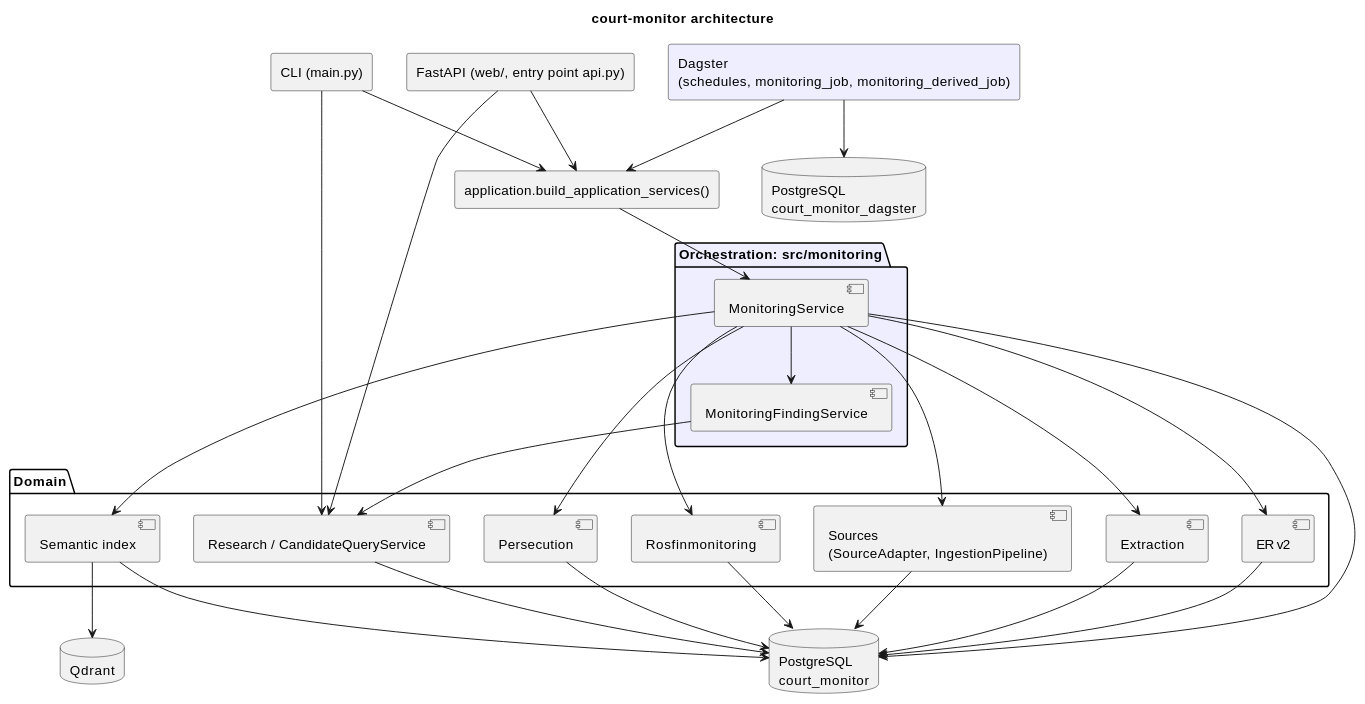
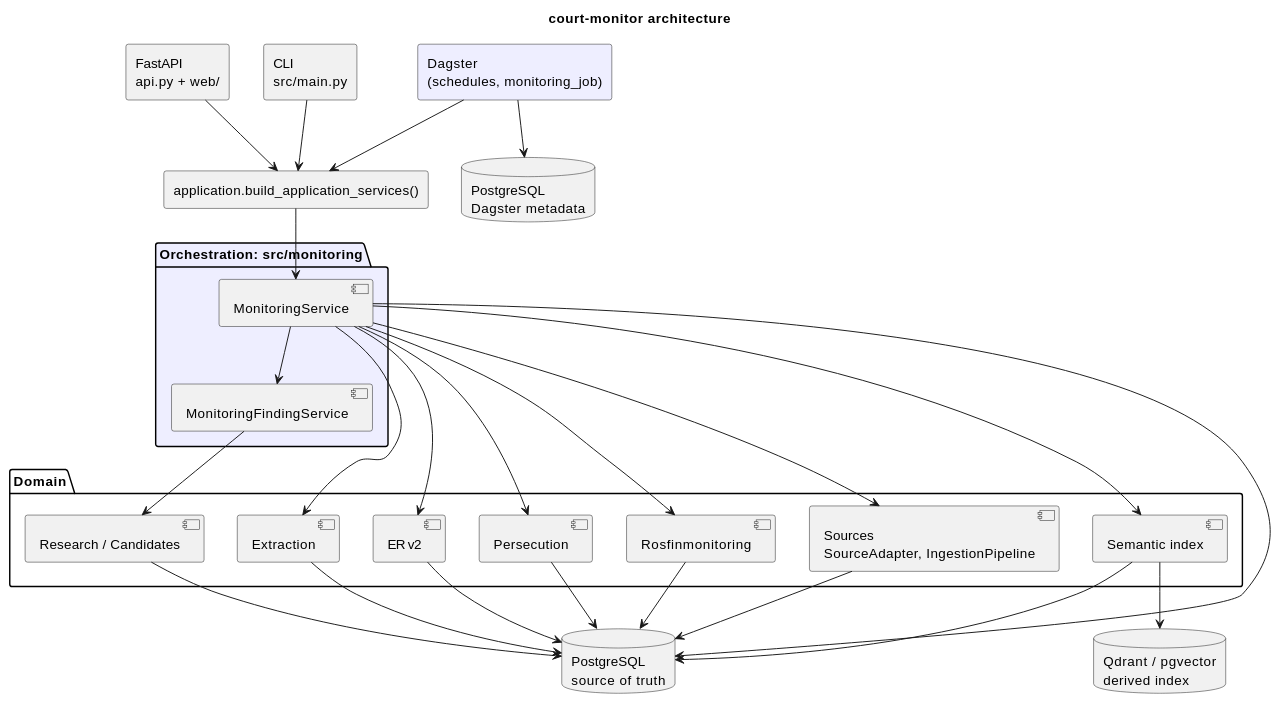
Before and after one commit to megannnn98/court-monitor: the diagram in docs/wiki/Architecture.md, drawn with PlantUML. The commit also changed other lines of this file and 26 other files, not shown here.

````diff
--- a/docs/wiki/Architecture.md
+++ b/docs/wiki/Architecture.md
@@ -11,56 +29,54 @@
 ```plantuml
 @startuml
 title court-monitor architecture
 
-rectangle "Dagster\n(schedules, monitoring_job, monitoring_derived_job)" as Dagster #EEF
-rectangle "CLI (main.py)" as CLI
-rectangle "FastAPI (web/, entry point api.py)" as API
+rectangle "Dagster\n(schedules, monitoring_job)" as Dagster #EEF
+rectangle "CLI\nsrc/main.py" as CLI
+rectangle "FastAPI\napi.py + web/" as API
 
 rectangle "application.build_application_services()" as Root
 
 package "Orchestration: src/monitoring" #EEF {
   component "MonitoringService" as Monitoring
   component "MonitoringFindingService" as Findings
 }
 
 package "Domain" {
-  component "Sources\n(SourceAdapter, IngestionPipeline)" as Sources
+  component "Sources\nSourceAdapter, IngestionPipeline" as Sources
   component "Extraction" as Extraction
   component "ER v2" as ER
   component "Persecution" as Persecution
   component "Rosfinmonitoring" as Rosfin
   component "Semantic index" as Semantic
-  component "Research / CandidateQueryService" as Research
+  component "Research / Candidates" as Research
 }
 
-database "PostgreSQL\ncourt_monitor" as PG
-database "Qdrant" as Qdrant
-database "PostgreSQL\ncourt_monitor_dagster" as DagsterDB
+database "PostgreSQL\nsource of truth" as PG
+database "Qdrant / pgvector\nderived index" as Vectors
+database "PostgreSQL\nDagster metadata" as DagsterDB
 
 Dagster --> Root
 CLI --> Root
 API --> Root
-CLI --> Research
-API --> Research
 Root --> Monitoring
 Monitoring --> Sources
 Monitoring --> Extraction
 Monitoring --> ER
 Monitoring --> Persecution
 Monitoring --> Rosfin
 Monitoring --> Semantic
 Monitoring --> Findings
 Findings --> Research
 
 Sources --> PG
 Extraction --> PG
 ER --> PG
 Persecution --> PG
 Rosfin --> PG
 Research --> PG
 Semantic --> PG
-Semantic --> Qdrant
+Semantic --> Vectors
 Monitoring --> PG
 Dagster --> DagsterDB
 @enduml
 ```
````
